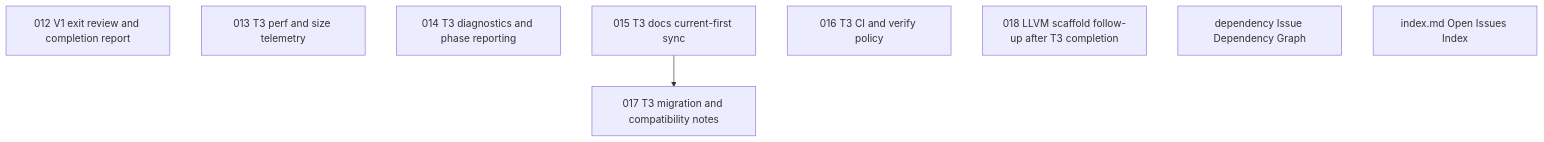
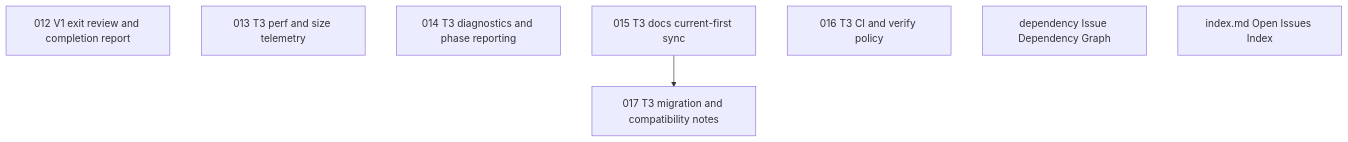
Before and after one commit to wogikaze/arukellt: the diagram in issues/open/dependency-graph.md, drawn with Mermaid. The commit also changed other lines of this file and 3 other files, not shown here.

First line of the commit message:
018: Fix LLVM scaffold MIR struct drift

````diff
--- a/issues/open/dependency-graph.md
+++ b/issues/open/dependency-graph.md
@@ -7,13 +7,12 @@
 ```mermaid
 graph TD
   I012["012 V1 exit review and completion report"]
   I013["013 T3 perf and size telemetry"]
   I014["014 T3 diagnostics and phase reporting"]
   I015["015 T3 docs current-first sync"]
   I016["016 T3 CI and verify policy"]
-  I018["018 LLVM scaffold follow-up after T3 completion"]
   Idependency["dependency Issue Dependency Graph"]
   Iindex.md["index.md Open Issues Index"]
   I017["017 T3 migration and compatibility notes"]
   I015 --> I017
 ```
````
